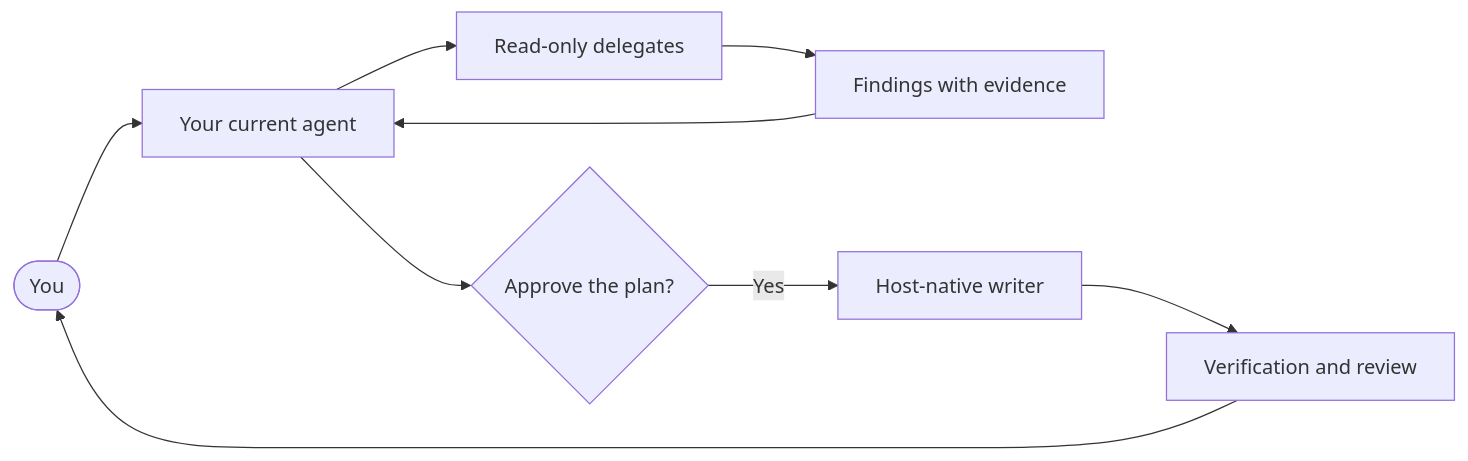
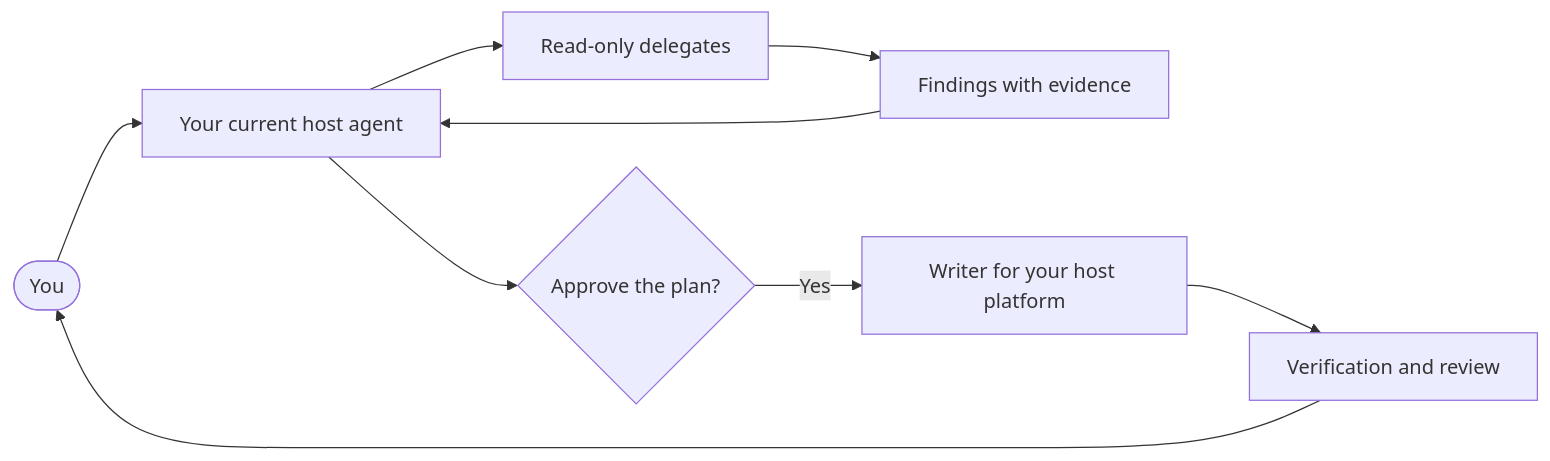
The diagram in skills/dispatch/README.md (Gyunikuchan/dispatch-skills), drawn with Mermaid before and after one commit. The commit also changed other lines of this file and 15 other files, not shown here.

````diff
--- a/skills/dispatch/README.md
+++ b/skills/dispatch/README.md
@@ -26,11 +26,11 @@
 ```mermaid
 flowchart LR
-    You([You]) --> Host[Your current agent]
+    You([You]) --> Host[Your current host agent]
     Host --> Delegates[Read-only delegates]
     Delegates --> Evidence[Findings with evidence]
     Evidence --> Host
     Host --> Gate{Approve the plan?}
-    Gate -->|Yes| Writer[Host-native writer]
+    Gate -->|Yes| Writer[Writer for your host platform]
     Writer --> Checks[Verification and review]
     Checks --> You
 ```
````
